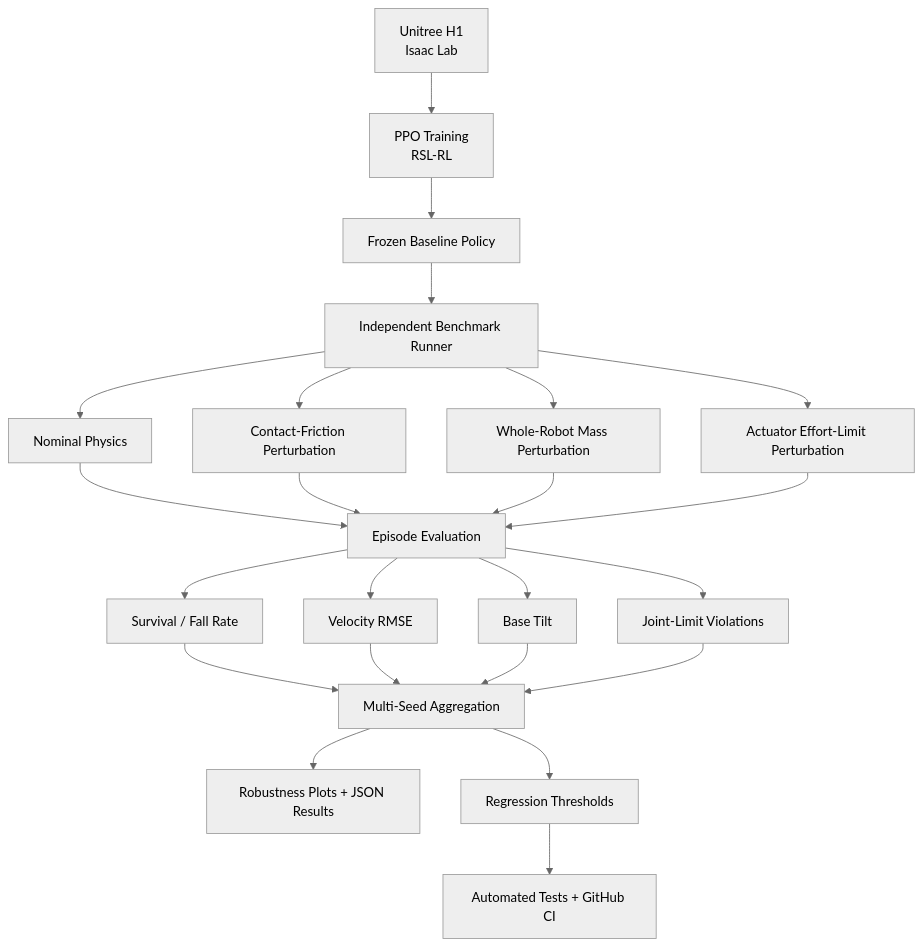
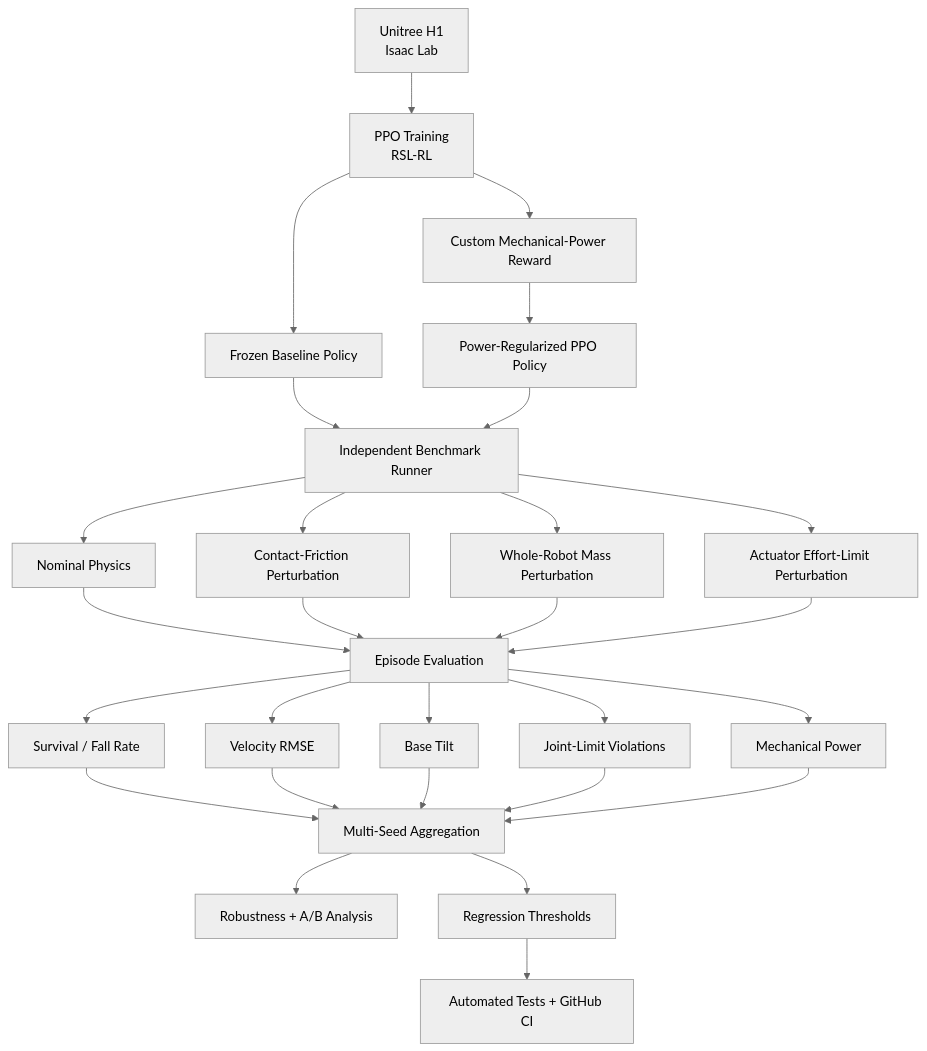
One commit to 22kashaf-khan/humanoid-simulation-robustness-benchmark changed the diagram in README.md. Above: the diagram before and after it, drawn with Mermaid (neutral theme). The commit also changed other lines of this file and 15 other files, not shown here.

Commit message:
Add power-regularized policy training and A/B evaluation

````diff
--- a/README.md
+++ b/README.md
@@ -40,31 +136,38 @@
 ```mermaid
 flowchart TD
     A[Unitree H1<br/>Isaac Lab] --> B[PPO Training<br/>RSL-RL]
+
     B --> C[Frozen Baseline Policy]
 
+    B --> R[Custom Mechanical-Power Reward]
+    R --> S[Power-Regularized PPO Policy]
+
     C --> D[Independent Benchmark Runner]
+    S --> D
 
     D --> E[Nominal Physics]
     D --> F[Contact-Friction Perturbation]
     D --> G[Whole-Robot Mass Perturbation]
-    D --> Q[Actuator Effort-Limit Perturbation]
+    D --> H[Actuator Effort-Limit Perturbation]
 
-    E --> H[Episode Evaluation]
-    F --> H
-    G --> H
-    Q --> H
+    E --> I[Episode Evaluation]
+    F --> I
+    G --> I
+    H --> I
 
-    H --> I[Survival / Fall Rate]
-    H --> J[Velocity RMSE]
-    H --> K[Base Tilt]
-    H --> L[Joint-Limit Violations]
+    I --> J[Survival / Fall Rate]
+    I --> K[Velocity RMSE]
+    I --> L[Base Tilt]
+    I --> M[Joint-Limit Violations]
+    I --> N[Mechanical Power]
 
-    I --> M[Multi-Seed Aggregation]
-    J --> M
-    K --> M
-    L --> M
+    J --> O[Multi-Seed Aggregation]
+    K --> O
+    L --> O
+    M --> O
+    N --> O
 
-    M --> N[Robustness Plots + JSON Results]
-    M --> O[Regression Thresholds]
-    O --> P[Automated Tests + GitHub CI]
+    O --> P[Robustness + A/B Analysis]
+    O --> Q[Regression Thresholds]
+    Q --> T[Automated Tests + GitHub CI]
 ```
````
